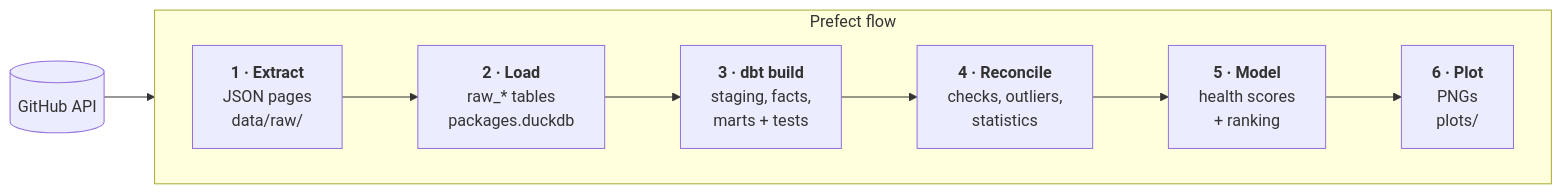
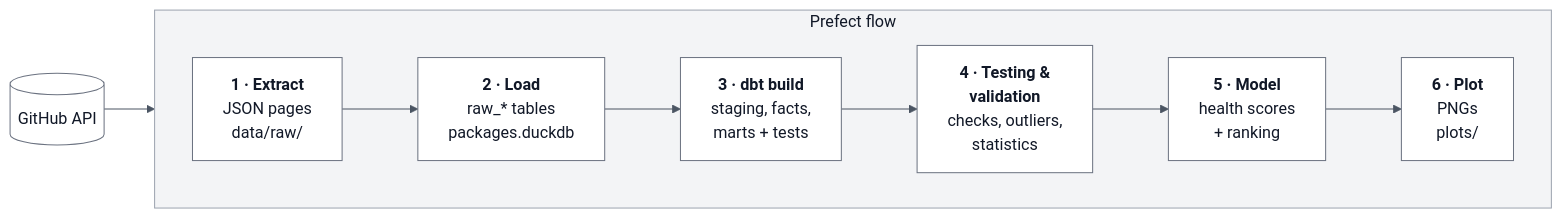
The diagram in README.md (uvasds-systems/dp2-package-health), drawn with Mermaid before and after one commit. The commit also changed other lines of this file and 1 other file, not shown here.

Commit message:
Rename Task 4, restyle diagram, switch submission to template repo

````diff
--- a/README.md
+++ b/README.md
@@ -13,8 +13,12 @@
 ```mermaid
 flowchart LR
     api[(GitHub API)] --> t1
     subgraph flow [Prefect flow]
         direction LR
-        t1["<b>1 · Extract</b><br/>JSON pages<br/>data/raw/"] --> t2["<b>2 · Load</b><br/>raw_* tables<br/>packages.duckdb"] --> t3["<b>3 · dbt build</b><br/>staging, facts,<br/>marts + tests"] --> t4["<b>4 · Reconcile</b><br/>checks, outliers,<br/>statistics"] --> t5["<b>5 · Model</b><br/>health scores<br/>+ ranking"] --> t6["<b>6 · Plot</b><br/>PNGs<br/>plots/"]
+        t1["<b>1 · Extract</b><br/>JSON pages<br/>data/raw/"] --> t2["<b>2 · Load</b><br/>raw_* tables<br/>packages.duckdb"] --> t3["<b>3 · dbt build</b><br/>staging, facts,<br/>marts + tests"] --> t4["<b>4 · Testing &<br/>validation</b><br/>checks, outliers,<br/>statistics"] --> t5["<b>5 · Model</b><br/>health scores<br/>+ ranking"] --> t6["<b>6 · Plot</b><br/>PNGs<br/>plots/"]
     end
+    classDef box fill:#ffffff,stroke:#6b7280,color:#111827
+    class api,t1,t2,t3,t4,t5,t6 box
+    style flow fill:#f3f4f6,stroke:#9ca3af,color:#111827
+    linkStyle default stroke:#4b5563
 ```
````
